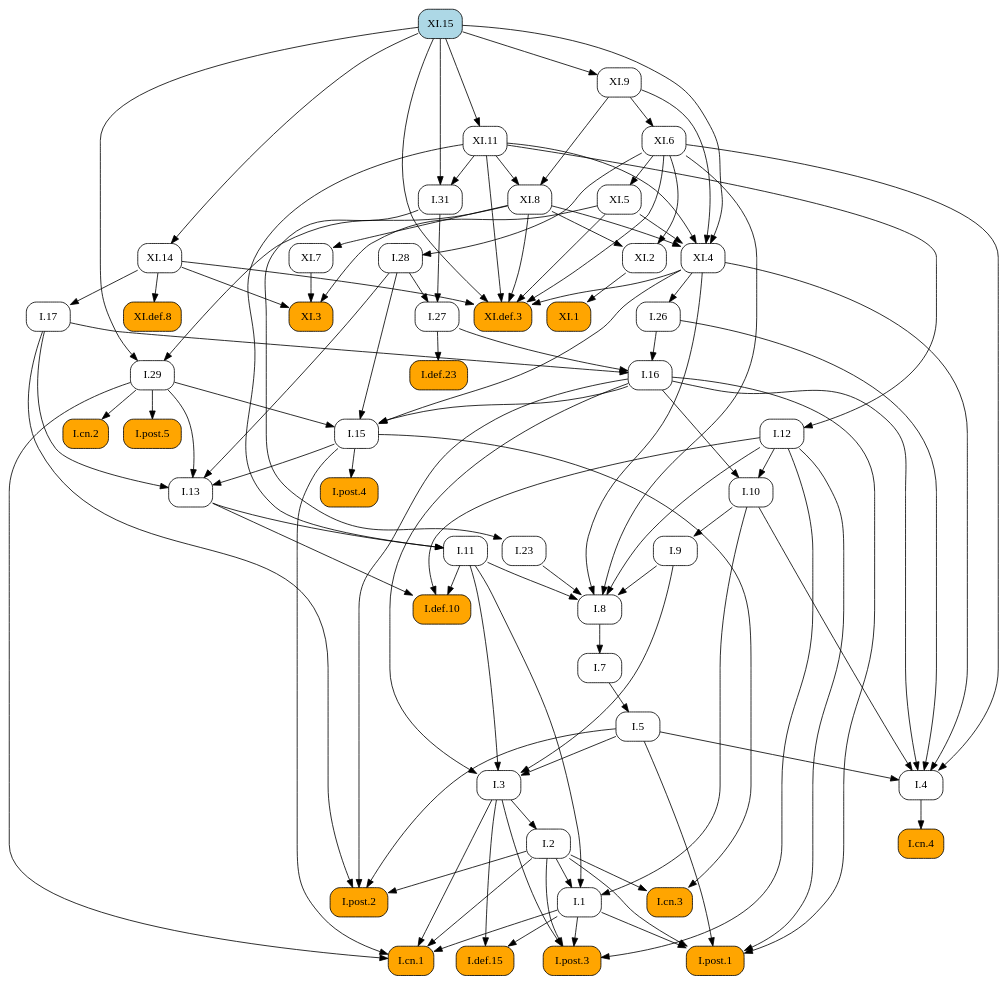
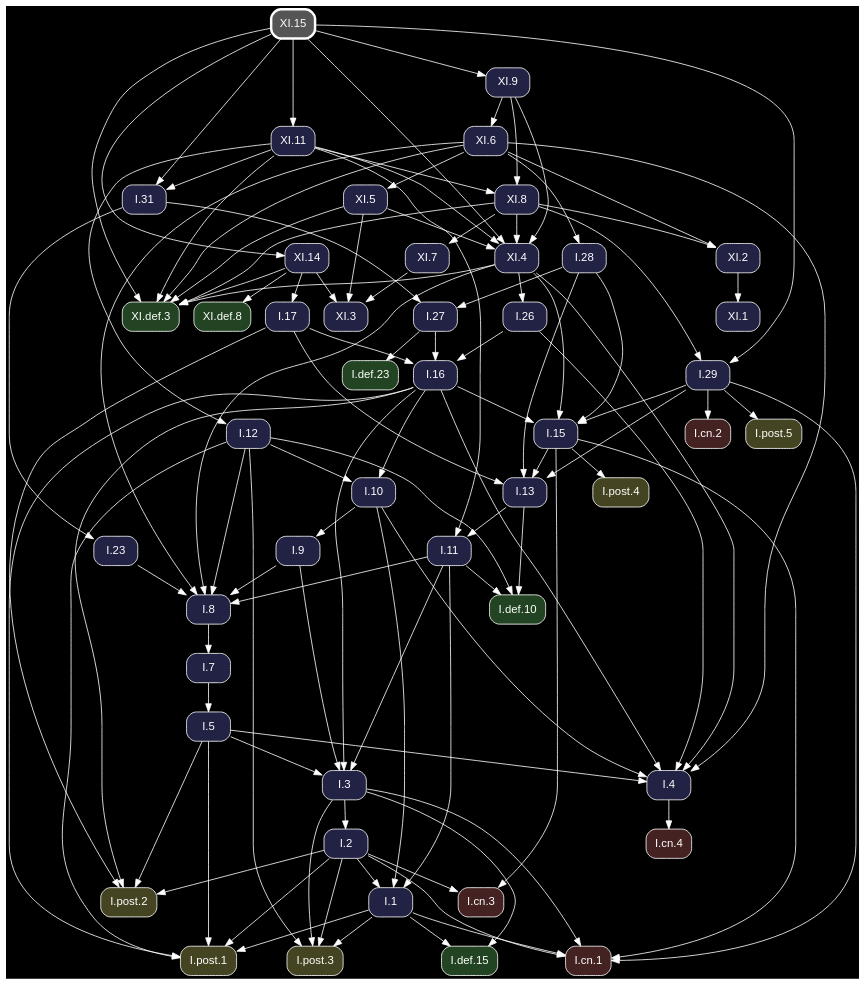
Before and after one commit to geometor/elements: the diagram in docsrc/heath/XI/15/index.rst, drawn with Graphviz. The commit also changed other lines of this file and 1200 other files, not shown here.

Commit message:
update dependency graphs

```diff
--- a/docsrc/heath/XI/15/index.rst
+++ b/docsrc/heath/XI/15/index.rst
@@ -43,85 +43,72 @@
 .. graphviz::
 
    digraph {
+     bgcolor="black";
+     node [shape=box, style="rounded,filled", fontname="Helvetica", color="white", fontcolor="white"];
+     edge [color="white", fontcolor="white"];
      rankdir="TB";
-     node [shape=box, style=rounded];
-     "I.23" [URL="/heath/I/23/", target="_top"];
-     "I.9" [URL="/heath/I/9/", target="_top"];
-     "XI.4" [URL="/heath/XI/4/", target="_top"];
-     "I.def.15" [style="rounded,filled", fillcolor=orange, URL="/heath/I/def.15/", target="_top"];
-     "XI.def.8" [style="rounded,filled", fillcolor=orange, URL="/heath/XI/def.8/", target="_top"];
-     "XI.8" [URL="/heath/XI/8/", target="_top"];
-     "XI.6" [URL="/heath/XI/6/", target="_top"];
-     "I.post.3" [style="rounded,filled", fillcolor=orange, URL="/heath/I/post.3/", target="_top"];
-     "I.post.1" [style="rounded,filled", fillcolor=orange, URL="/heath/I/post.1/", target="_top"];
-     "XI.15" [style="rounded,filled", fillcolor=lightblue, URL="/heath/XI/15/", target="_top"];
-     "XI.3" [style="rounded,filled", fillcolor=orange, URL="/heath/XI/3/", target="_top"];
-     "I.31" [URL="/heath/I/31/", target="_top"];
-     "I.def.10" [style="rounded,filled", fillcolor=orange, URL="/heath/I/def.10/", target="_top"];
-     "XI.def.3" [style="rounded,filled", fillcolor=orange, URL="/heath/XI/def.3/", target="_top"];
-     "I.27" [URL="/heath/I/27/", target="_top"];
-     "XI.2" [URL="/heath/XI/2/", target="_top"];
-     "XI.7" [URL="/heath/XI/7/", target="_top"];
-     "I.3" [URL="/heath/I/3/", target="_top"];
-     "I.cn.1" [style="rounded,filled", fillcolor=orange, URL="/heath/I/cn.1/", target="_top"];
-     "I.7" [URL="/heath/I/7/", target="_top"];
-     "I.2" [URL="/heath/I/2/", target="_top"];
-     "I.13" [URL="/heath/I/13/", target="_top"];
-     "I.post.4" [style="rounded,filled", fillcolor=orange, URL="/heath/I/post.4/", target="_top"];
-     "I.4" [URL="/heath/I/4/", target="_top"];
-     "I.1" [URL="/heath/I/1/", target="_top"];
-     "I.5" [URL="/heath/I/5/", target="_top"];
-     "XI.14" [URL="/heath/XI/14/", target="_top"];
-     "I.17" [URL="/heath/I/17/", target="_top"];
-     "I.8" [URL="/heath/I/8/", target="_top"];
-     "I.29" [URL="/heath/I/29/", target="_top"];
-     "I.cn.3" [style="rounded,filled", fillcolor=orange, URL="/heath/I/cn.3/", target="_top"];
-     "XI.5" [URL="/heath/XI/5/", target="_top"];
-     "I.16" [URL="/heath/I/16/", target="_top"];
-     "I.15" [URL="/heath/I/15/", target="_top"];
-     "I.10" [URL="/heath/I/10/", target="_top"];
-     "I.11" [URL="/heath/I/11/", target="_top"];
-     "I.def.23" [style="rounded,filled", fillcolor=orange, URL="/heath/I/def.23/", target="_top"];
-     "XI.9" [URL="/heath/XI/9/", target="_top"];
-     "I.cn.2" [style="rounded,filled", fillcolor=orange, URL="/heath/I/cn.2/", target="_top"];
-     "I.post.5" [style="rounded,filled", fillcolor=orange, URL="/heath/I/post.5/", target="_top"];
-     "I.12" [URL="/heath/I/12/", target="_top"];
-     "I.28" [URL="/heath/I/28/", target="_top"];
-     "I.cn.4" [style="rounded,filled", fillcolor=orange, URL="/heath/I/cn.4/", target="_top"];
-     "XI.1" [style="rounded,filled", fillcolor=orange, URL="/heath/XI/1/", target="_top"];
-     "I.post.2" [style="rounded,filled", fillcolor=orange, URL="/heath/I/post.2/", target="_top"];
-     "XI.11" [URL="/heath/XI/11/", target="_top"];
-     "I.26" [URL="/heath/I/26/", target="_top"];
-     "I.31" -> "I.23";
-     "I.10" -> "I.9";
-     "XI.5" -> "XI.4";
-     "XI.8" -> "XI.4";
-     "XI.9" -> "XI.4";
-     "XI.11" -> "XI.4";
-     "XI.15" -> "XI.4";
-     "I.1" -> "I.def.15";
-     "I.3" -> "I.def.15";
-     "XI.14" -> "XI.def.8";
+     "I.31" [fillcolor="#222244", URL="/heath/I/31/", target="_top"];
+     "I.12" [fillcolor="#222244", URL="/heath/I/12/", target="_top"];
+     "XI.8" [fillcolor="#222244", URL="/heath/XI/8/", target="_top"];
+     "I.3" [fillcolor="#222244", URL="/heath/I/3/", target="_top"];
+     "XI.7" [fillcolor="#222244", URL="/heath/XI/7/", target="_top"];
+     "I.cn.1" [fillcolor="#442222", URL="/heath/I/cn.1/", target="_top"];
+     "XI.def.3" [fillcolor="#224422", URL="/heath/XI/def.3/", target="_top"];
+     "I.def.10" [fillcolor="#224422", URL="/heath/I/def.10/", target="_top"];
+     "I.15" [fillcolor="#222244", URL="/heath/I/15/", target="_top"];
+     "XI.5" [fillcolor="#222244", URL="/heath/XI/5/", target="_top"];
+     "I.28" [fillcolor="#222244", URL="/heath/I/28/", target="_top"];
+     "I.13" [fillcolor="#222244", URL="/heath/I/13/", target="_top"];
+     "I.27" [fillcolor="#222244", URL="/heath/I/27/", target="_top"];
+     "I.2" [fillcolor="#222244", URL="/heath/I/2/", target="_top"];
+     "XI.3" [fillcolor="#222244", URL="/heath/XI/3/", target="_top"];
+     "I.cn.2" [fillcolor="#442222", URL="/heath/I/cn.2/", target="_top"];
+     "XI.1" [fillcolor="#222244", URL="/heath/XI/1/", target="_top"];
+     "I.9" [fillcolor="#222244", URL="/heath/I/9/", target="_top"];
+     "XI.11" [fillcolor="#222244", URL="/heath/XI/11/", target="_top"];
+     "I.1" [fillcolor="#222244", URL="/heath/I/1/", target="_top"];
+     "I.post.5" [fillcolor="#444422", URL="/heath/I/post.5/", target="_top"];
+     "I.post.4" [fillcolor="#444422", URL="/heath/I/post.4/", target="_top"];
+     "I.23" [fillcolor="#222244", URL="/heath/I/23/", target="_top"];
+     "I.26" [fillcolor="#222244", URL="/heath/I/26/", target="_top"];
+     "I.8" [fillcolor="#222244", URL="/heath/I/8/", target="_top"];
+     "I.4" [fillcolor="#222244", URL="/heath/I/4/", target="_top"];
+     "XI.14" [fillcolor="#222244", URL="/heath/XI/14/", target="_top"];
+     "I.7" [fillcolor="#222244", URL="/heath/I/7/", target="_top"];
+     "I.5" [fillcolor="#222244", URL="/heath/I/5/", target="_top"];
+     "I.10" [fillcolor="#222244", URL="/heath/I/10/", target="_top"];
+     "I.post.1" [fillcolor="#444422", URL="/heath/I/post.1/", target="_top"];
+     "I.11" [fillcolor="#222244", URL="/heath/I/11/", target="_top"];
+     "I.16" [fillcolor="#222244", URL="/heath/I/16/", target="_top"];
+     "I.cn.3" [fillcolor="#442222", URL="/heath/I/cn.3/", target="_top"];
+     "XI.9" [fillcolor="#222244", URL="/heath/XI/9/", target="_top"];
+     "I.29" [fillcolor="#222244", URL="/heath/I/29/", target="_top"];
+     "I.post.2" [fillcolor="#444422", URL="/heath/I/post.2/", target="_top"];
+     "XI.15" [penwidth=3, color="white", fillcolor="#555555", URL="/heath/XI/15/", target="_top"];
+     "I.cn.4" [fillcolor="#442222", URL="/heath/I/cn.4/", target="_top"];
+     "I.def.23" [fillcolor="#224422", URL="/heath/I/def.23/", target="_top"];
+     "I.post.3" [fillcolor="#444422", URL="/heath/I/post.3/", target="_top"];
+     "XI.def.8" [fillcolor="#224422", URL="/heath/XI/def.8/", target="_top"];
+     "I.def.15" [fillcolor="#224422", URL="/heath/I/def.15/", target="_top"];
+     "XI.4" [fillcolor="#222244", URL="/heath/XI/4/", target="_top"];
+     "XI.2" [fillcolor="#222244", URL="/heath/XI/2/", target="_top"];
+     "I.17" [fillcolor="#222244", URL="/heath/I/17/", target="_top"];
+     "XI.6" [fillcolor="#222244", URL="/heath/XI/6/", target="_top"];
+     "XI.11" -> "I.31";
+     "XI.15" -> "I.31";
+     "XI.11" -> "I.12";
      "XI.9" -> "XI.8";
      "XI.11" -> "XI.8";
-     "XI.9" -> "XI.6";
-     "I.1" -> "I.post.3";
-     "I.2" -> "I.post.3";
-     "I.3" -> "I.post.3";
-     "I.12" -> "I.post.3";
-     "I.1" -> "I.post.1";
-     "I.2" -> "I.post.1";
-     "I.5" -> "I.post.1";
-     "I.12" -> "I.post.1";
-     "I.16" -> "I.post.1";
-     "XI.5" -> "XI.3";
-     "XI.7" -> "XI.3";
-     "XI.14" -> "XI.3";
-     "XI.11" -> "I.31";
-     "XI.15" -> "I.31";
-     "I.11" -> "I.def.10";
-     "I.12" -> "I.def.10";
-     "I.13" -> "I.def.10";
+     "I.5" -> "I.3";
+     "I.9" -> "I.3";
+     "I.11" -> "I.3";
+     "I.16" -> "I.3";
+     "XI.8" -> "XI.7";
+     "I.1" -> "I.cn.1";
+     "I.2" -> "I.cn.1";
+     "I.3" -> "I.cn.1";
+     "I.15" -> "I.cn.1";
+     "I.29" -> "I.cn.1";
      "XI.4" -> "XI.def.3";
      "XI.5" -> "XI.def.3";
      "XI.6" -> "XI.def.3";
@@ -129,73 +116,88 @@
      "XI.11" -> "XI.def.3";
      "XI.14" -> "XI.def.3";
      "XI.15" -> "XI.def.3";
-     "I.28" -> "I.27";
-     "I.31" -> "I.27";
-     "XI.6" -> "XI.2";
-     "XI.8" -> "XI.2";
-     "XI.8" -> "XI.7";
-     "I.5" -> "I.3";
-     "I.9" -> "I.3";
-     "I.11" -> "I.3";
-     "I.16" -> "I.3";
-     "I.1" -> "I.cn.1";
-     "I.2" -> "I.cn.1";
-     "I.3" -> "I.cn.1";
-     "I.15" -> "I.cn.1";
-     "I.29" -> "I.cn.1";
-     "I.8" -> "I.7";
-     "I.3" -> "I.2";
+     "I.11" -> "I.def.10";
+     "I.12" -> "I.def.10";
+     "I.13" -> "I.def.10";
+     "I.16" -> "I.15";
+     "I.28" -> "I.15";
+     "I.29" -> "I.15";
+     "XI.4" -> "I.15";
+     "XI.6" -> "XI.5";
+     "XI.6" -> "I.28";
      "I.15" -> "I.13";
      "I.17" -> "I.13";
      "I.28" -> "I.13";
      "I.29" -> "I.13";
+     "I.28" -> "I.27";
+     "I.31" -> "I.27";
+     "I.3" -> "I.2";
+     "XI.5" -> "XI.3";
+     "XI.7" -> "XI.3";
+     "XI.14" -> "XI.3";
+     "I.29" -> "I.cn.2";
+     "XI.2" -> "XI.1";
+     "I.10" -> "I.9";
+     "XI.15" -> "XI.11";
+     "I.2" -> "I.1";
+     "I.10" -> "I.1";
+     "I.11" -> "I.1";
+     "I.29" -> "I.post.5";
      "I.15" -> "I.post.4";
+     "I.31" -> "I.23";
+     "XI.4" -> "I.26";
+     "I.9" -> "I.8";
+     "I.11" -> "I.8";
+     "I.12" -> "I.8";
+     "I.23" -> "I.8";
+     "XI.4" -> "I.8";
+     "XI.6" -> "I.8";
      "I.5" -> "I.4";
      "I.10" -> "I.4";
      "I.16" -> "I.4";
      "I.26" -> "I.4";
      "XI.4" -> "I.4";
      "XI.6" -> "I.4";
-     "I.2" -> "I.1";
-     "I.10" -> "I.1";
-     "I.11" -> "I.1";
+     "XI.15" -> "XI.14";
+     "I.8" -> "I.7";
      "I.7" -> "I.5";
-     "XI.15" -> "XI.14";
-     "XI.14" -> "I.17";
-     "I.9" -> "I.8";
-     "I.11" -> "I.8";
-     "I.12" -> "I.8";
-     "I.23" -> "I.8";
-     "XI.4" -> "I.8";
-     "XI.6" -> "I.8";
-     "XI.8" -> "I.29";
-     "XI.15" -> "I.29";
-     "I.2" -> "I.cn.3";
-     "I.15" -> "I.cn.3";
-     "XI.6" -> "XI.5";
+     "I.12" -> "I.10";
+     "I.16" -> "I.10";
+     "I.1" -> "I.post.1";
+     "I.2" -> "I.post.1";
+     "I.5" -> "I.post.1";
+     "I.12" -> "I.post.1";
+     "I.16" -> "I.post.1";
+     "I.13" -> "I.11";
+     "XI.11" -> "I.11";
      "I.17" -> "I.16";
      "I.26" -> "I.16";
      "I.27" -> "I.16";
-     "I.16" -> "I.15";
-     "I.28" -> "I.15";
-     "I.29" -> "I.15";
-     "XI.4" -> "I.15";
-     "I.12" -> "I.10";
-     "I.16" -> "I.10";
-     "I.13" -> "I.11";
-     "XI.11" -> "I.11";
-     "I.27" -> "I.def.23";
+     "I.2" -> "I.cn.3";
+     "I.15" -> "I.cn.3";
      "XI.15" -> "XI.9";
-     "I.29" -> "I.cn.2";
-     "I.29" -> "I.post.5";
-     "XI.11" -> "I.12";
-     "XI.6" -> "I.28";
-     "I.4" -> "I.cn.4";
-     "XI.2" -> "XI.1";
+     "XI.8" -> "I.29";
+     "XI.15" -> "I.29";
      "I.2" -> "I.post.2";
      "I.5" -> "I.post.2";
      "I.16" -> "I.post.2";
      "I.17" -> "I.post.2";
-     "XI.15" -> "XI.11";
-     "XI.4" -> "I.26";
+     "I.4" -> "I.cn.4";
+     "I.27" -> "I.def.23";
+     "I.1" -> "I.post.3";
+     "I.2" -> "I.post.3";
+     "I.3" -> "I.post.3";
+     "I.12" -> "I.post.3";
+     "XI.14" -> "XI.def.8";
+     "I.1" -> "I.def.15";
+     "I.3" -> "I.def.15";
+     "XI.5" -> "XI.4";
+     "XI.8" -> "XI.4";
+     "XI.9" -> "XI.4";
+     "XI.11" -> "XI.4";
+     "XI.15" -> "XI.4";
+     "XI.6" -> "XI.2";
+     "XI.8" -> "XI.2";
+     "XI.14" -> "I.17";
+     "XI.9" -> "XI.6";
    }
```
